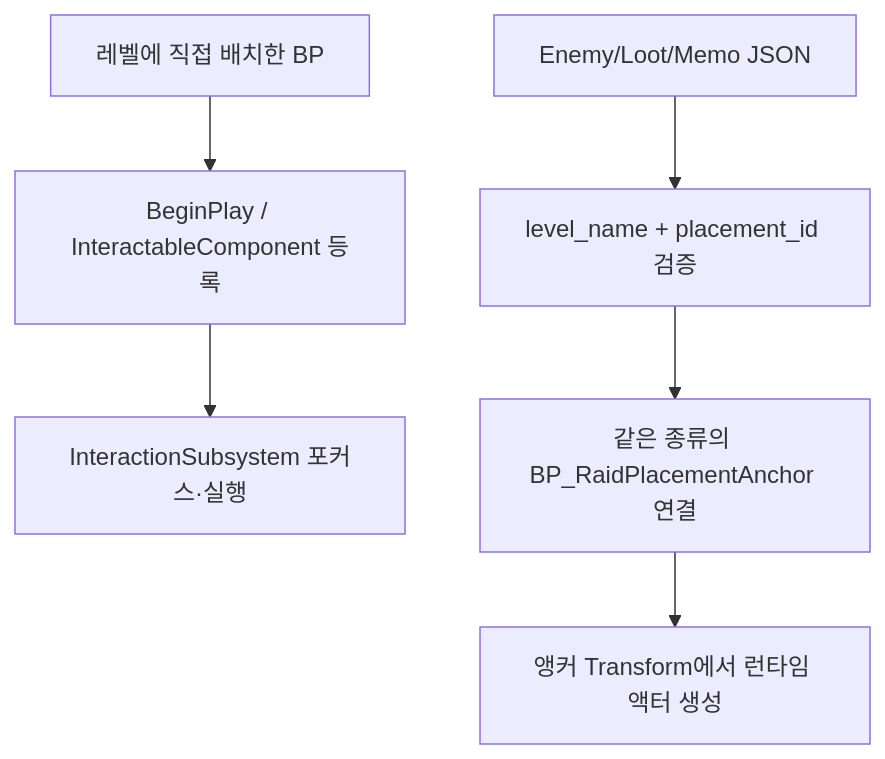
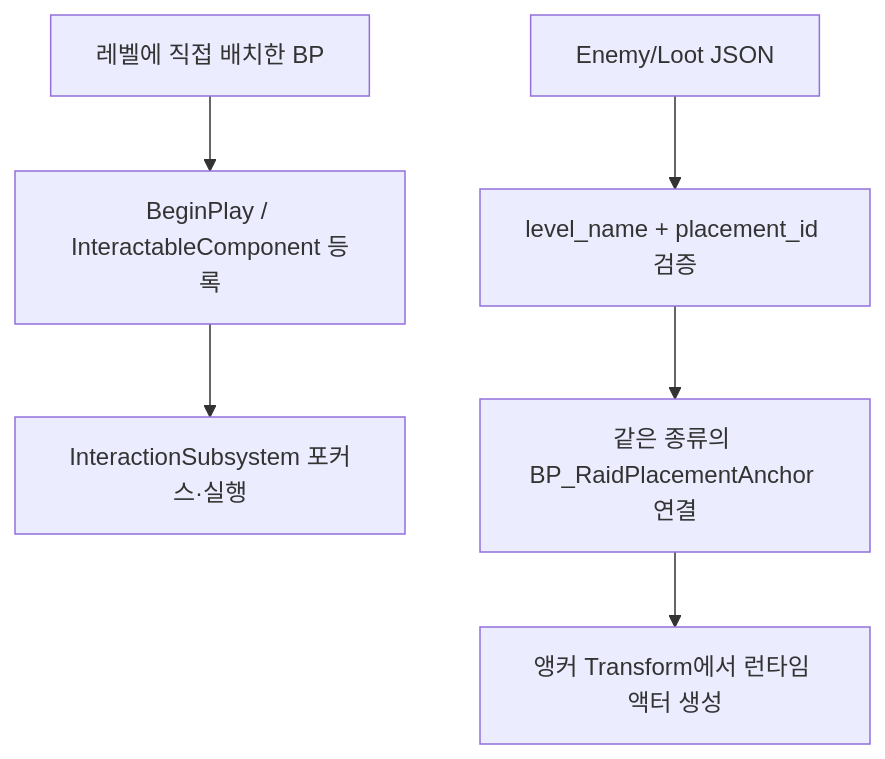
The second of 2 diagrams in Docs/interaction_system_flow.md (octopus7/extraction_shooter), drawn with Mermaid before and after one commit. The commit also changed other lines of this file and 34 other files, not shown here.

````diff
--- a/Docs/interaction_system_flow.md
+++ b/Docs/interaction_system_flow.md
@@ -124,8 +124,8 @@
 ```mermaid
 flowchart TD
     A["레벨에 직접 배치한 BP"] --> B["BeginPlay / InteractableComponent 등록"]
     B --> C["InteractionSubsystem 포커스·실행"]
-    D["Enemy/Loot/Memo JSON"] --> E["level_name + placement_id 검증"]
+    D["Enemy/Loot JSON"] --> E["level_name + placement_id 검증"]
     E --> F["같은 종류의 BP_RaidPlacementAnchor 연결"]
     F --> G["앵커 Transform에서 런타임 액터 생성"]
 ```
````
